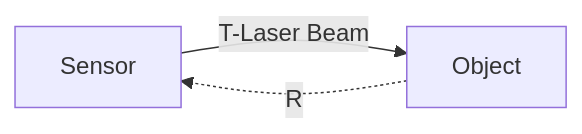
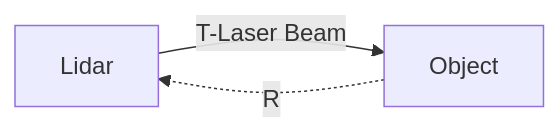
The third of 4 diagrams in automotive/self-driving/self-driving-notes.md (afondiel/computer-science-notebook), drawn with Mermaid before and after one commit. The commit also changed other lines of this file, not shown here.

Commit message:
auto-self-drv: change sensors name in mermaid graph

````diff
--- a/automotive/self-driving/self-driving-notes.md
+++ b/automotive/self-driving/self-driving-notes.md
@@ -85,6 +85,6 @@
 ```mermaid
  graph LR
 
-         a1[Sensor]-->|T-Laser Beam|a2[Object]
+         a1[Lidar]-->|T-Laser Beam|a2[Object]
          a2-.->|R|a1
 ```
````
